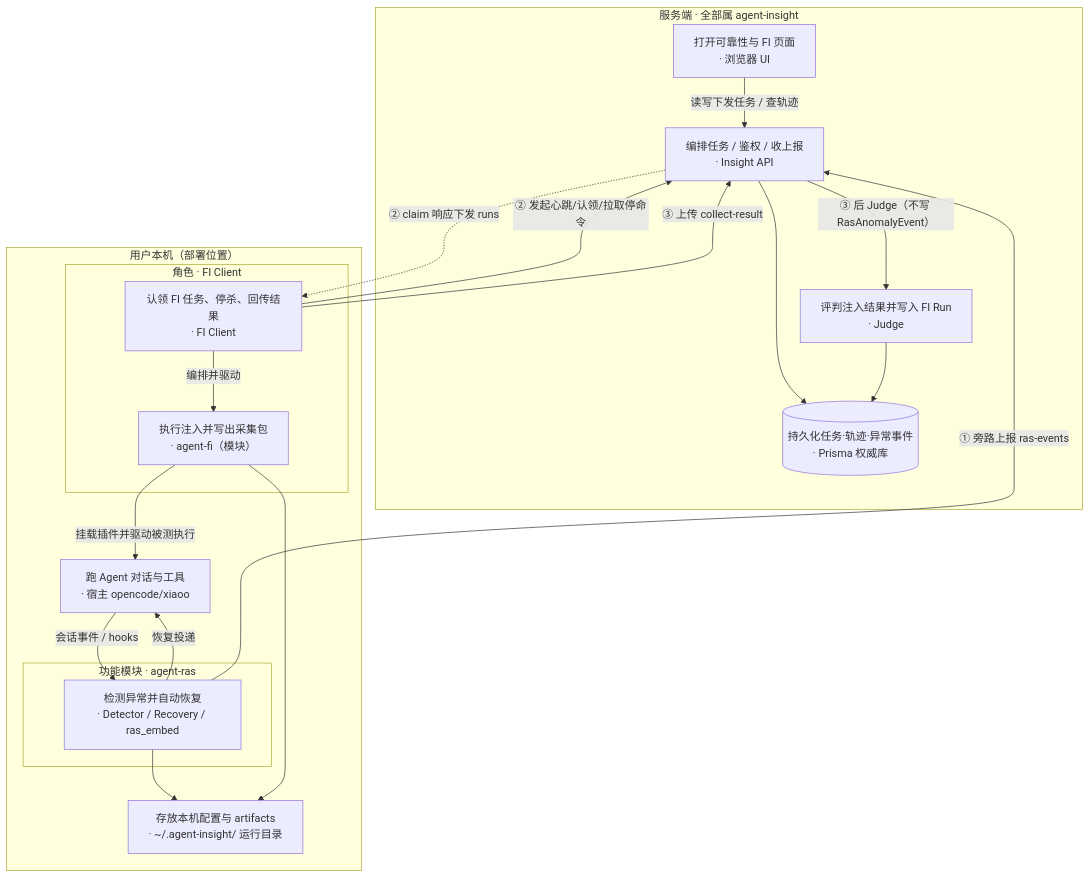
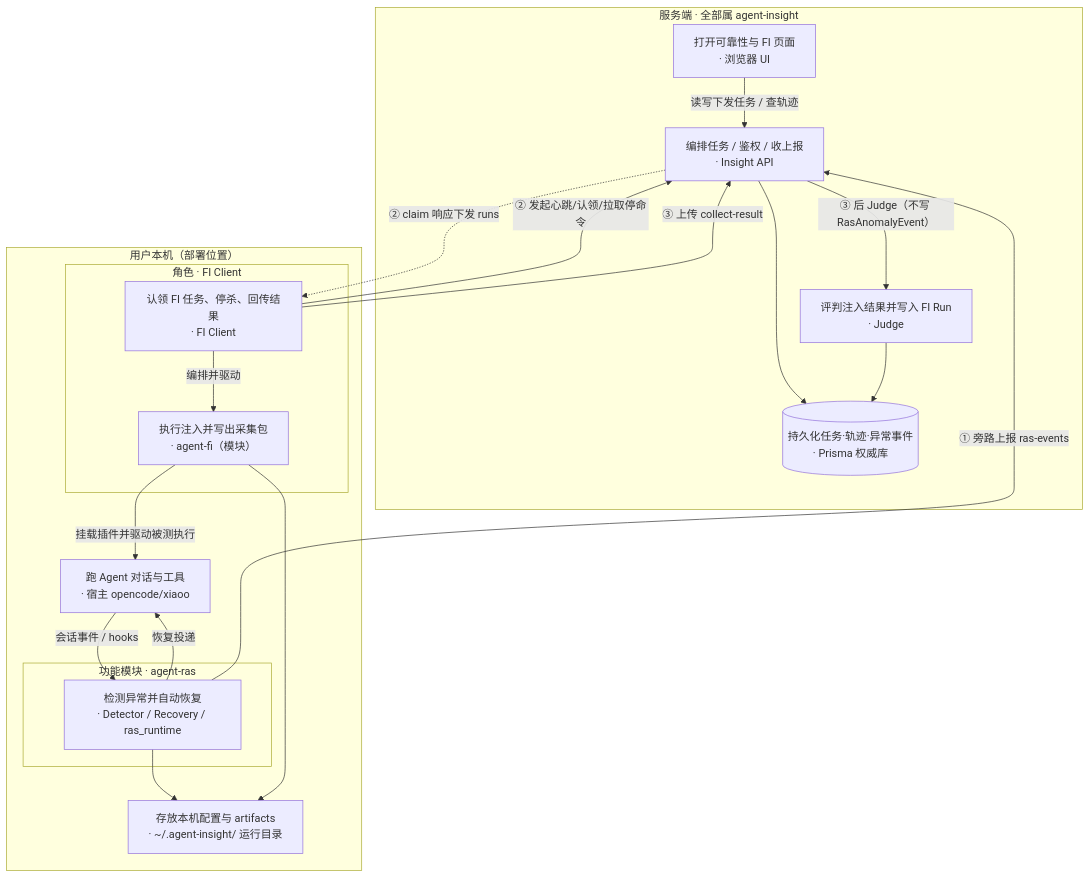
One commit to openeuler-mirror/agent-insight changed the second of 8 diagrams in docs/agent-fault-injection/designs/ras-fi-insight-relationship.md. Above: the diagram before and after it, drawn with Mermaid. The commit also changed other lines of this file and 18 other files, not shown here.

First line of the commit message:
docs(ras): 同步分层搬家与 ras_runtime 更名后的文档引用

````diff
--- a/docs/agent-fault-injection/designs/ras-fi-insight-relationship.md
+++ b/docs/agent-fault-injection/designs/ras-fi-insight-relationship.md
@@ -74,34 +74,34 @@
 ```mermaid
 flowchart TB
   subgraph server ["服务端 · 全部属 agent-insight"]
     Browser["打开可靠性与 FI 页面<br/>· 浏览器 UI"]
     API["编排任务 / 鉴权 / 收上报<br/>· Insight API"]
     Prisma[("持久化任务·轨迹·异常事件<br/>· Prisma 权威库")]
     Judge["评判注入结果并写入 FI Run<br/>· Judge"]
   end
   subgraph client ["用户本机（部署位置）"]
     Host["跑 Agent 对话与工具<br/>· 宿主 opencode/xiaoo"]
     Local["存放本机配置与 artifacts<br/>· ~/.agent-insight/ 运行目录"]
     subgraph rasMod ["功能模块 · agent-ras"]
-      RAS["检测异常并自动恢复<br/>· Detector / Recovery / ras_embed"]
+      RAS["检测异常并自动恢复<br/>· Detector / Recovery / ras_runtime"]
     end
     subgraph fiMod ["角色 · FI Client"]
       FIC["认领 FI 任务、停杀、回传结果<br/>· FI Client"]
       FICLI["执行注入并写出采集包<br/>· agent-fi（模块）"]
     end
   end
   Browser -->|"读写下发任务 / 查轨迹"| API
   API --> Prisma
   Judge --> Prisma
   Host -->|"会话事件 / hooks"| RAS
   RAS -->|"恢复投递"| Host
   FIC -->|编排并驱动| FICLI
   FICLI -->|"挂载插件并驱动被测执行"| Host
   RAS --> Local
   FICLI --> Local
   RAS -->|"① 旁路上报 ras-events"| API
   FIC -->|"② 发起心跳/认领/拉取停命令"| API
   API -.->|"② claim 响应下发 runs"| FIC
   FIC -->|"③ 上传 collect-result"| API
   API -->|"③ 后 Judge（不写 RasAnomalyEvent）"| Judge
 ```
````
